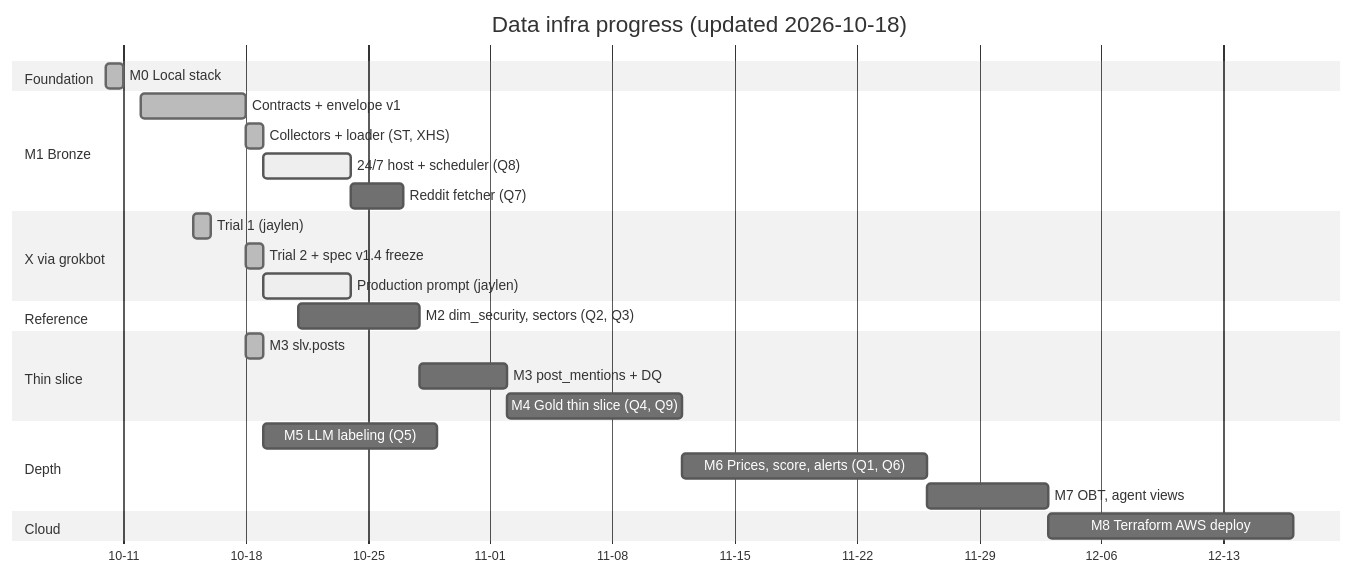
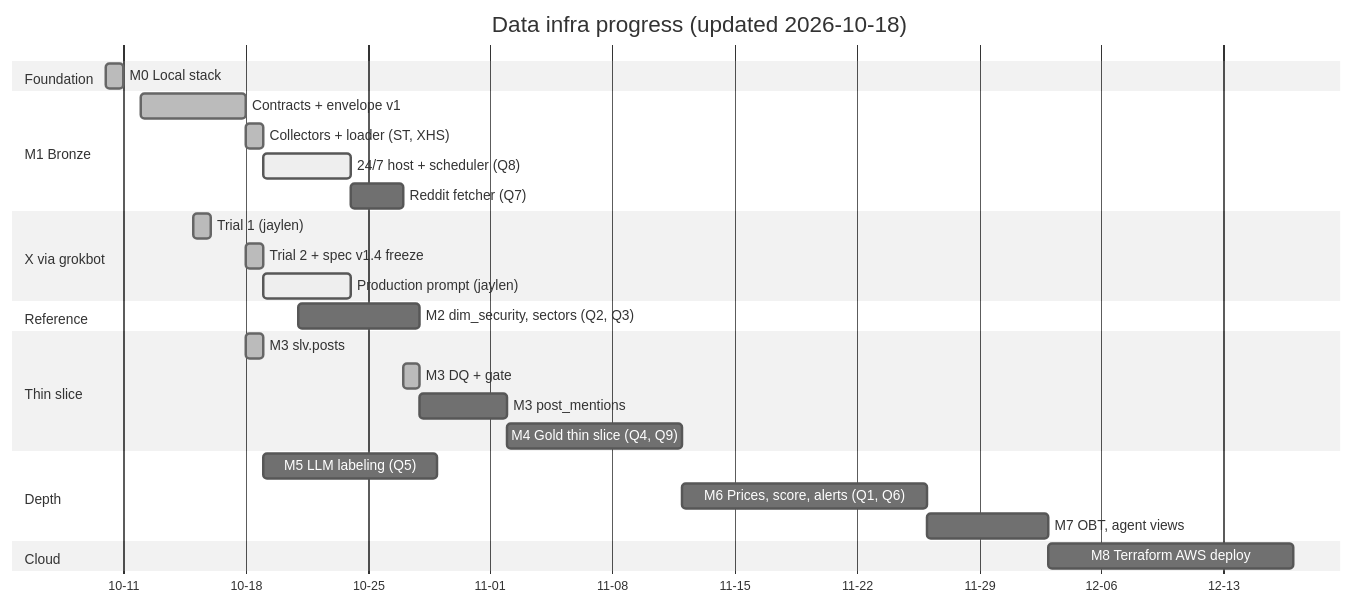
One commit to EZmoneySniper250/StockEmotionsCoMemory changed the diagram in Phases & Milestones.md. Above: the diagram before and after it, drawn with Mermaid (neutral theme). The commit also changed other lines of this file, not shown here.

Commit message:
status(roadmap): M3 dq and gate done [ai:jerry]

````diff
--- a/Phases & Milestones.md
+++ b/Phases & Milestones.md
@@ -31,30 +31,31 @@
 ```mermaid
 gantt
     title Data infra progress (updated 2026-10-18)
     dateFormat YYYY-MM-DD
     axisFormat %m-%d
     todayMarker on
     section Foundation
     M0 Local stack                        :done, m0, 2026-10-10, 1d
     section M1 Bronze
     Contracts + envelope v1               :done, m1a, 2026-10-12, 2026-10-18
     Collectors + loader (ST, XHS)         :done, m1b, 2026-10-18, 1d
     24/7 host + scheduler (Q8)            :active, m1c, 2026-10-19, 5d
     Reddit fetcher (Q7)                   :m1d, after m1c, 3d
     section X via grokbot
     Trial 1 (jaylen)                      :done, x1, 2026-10-15, 1d
     Trial 2 + spec v1.4 freeze            :done, x2, 2026-10-18, 1d
     Production prompt (jaylen)            :active, x3, 2026-10-19, 5d
     section Reference
     M2 dim_security, sectors (Q2, Q3)     :m2, 2026-10-21, 7d
     section Thin slice
     M3 slv.posts                          :done, m3a, 2026-10-18, 1d
-    M3 post_mentions + DQ                 :m3b, after m2, 5d
+    M3 DQ + gate                          :done, m3c, 2026-10-27, 1d
+    M3 post_mentions                      :m3b, after m2, 5d
     M4 Gold thin slice (Q4, Q9)           :m4, after m3b, 10d
     section Depth
     M5 LLM labeling (Q5)                  :m5, after m3a, 10d
     M6 Prices, score, alerts (Q1, Q6)     :m6, after m4, 14d
     M7 OBT, agent views                   :m7, after m6, 7d
     section Cloud
     M8 Terraform AWS deploy               :m8, after m7, 14d
 ```
````
